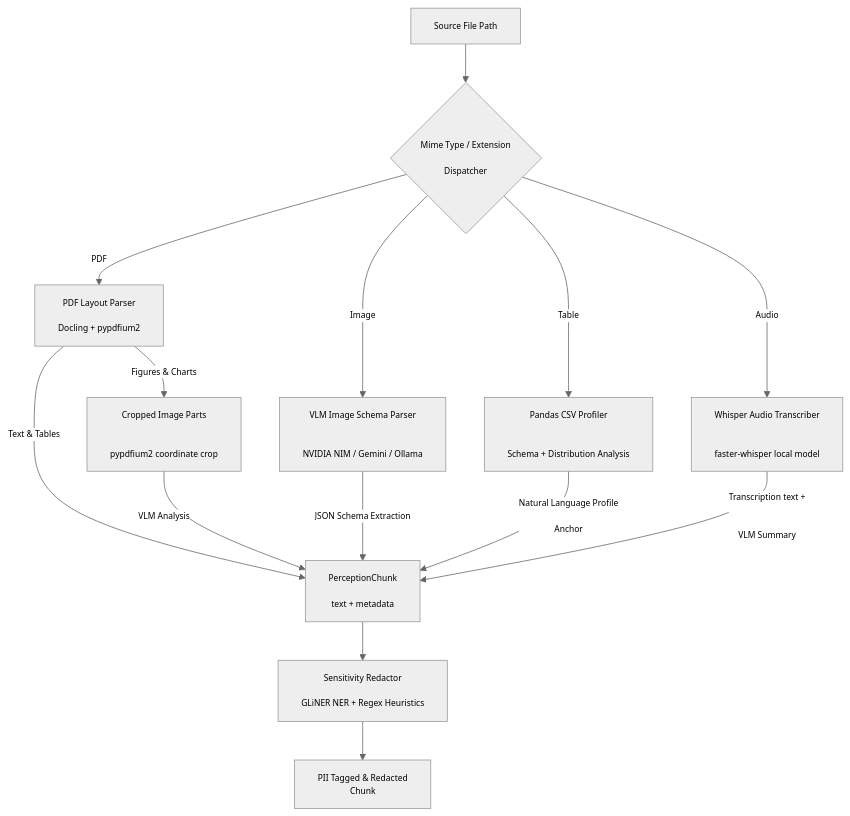
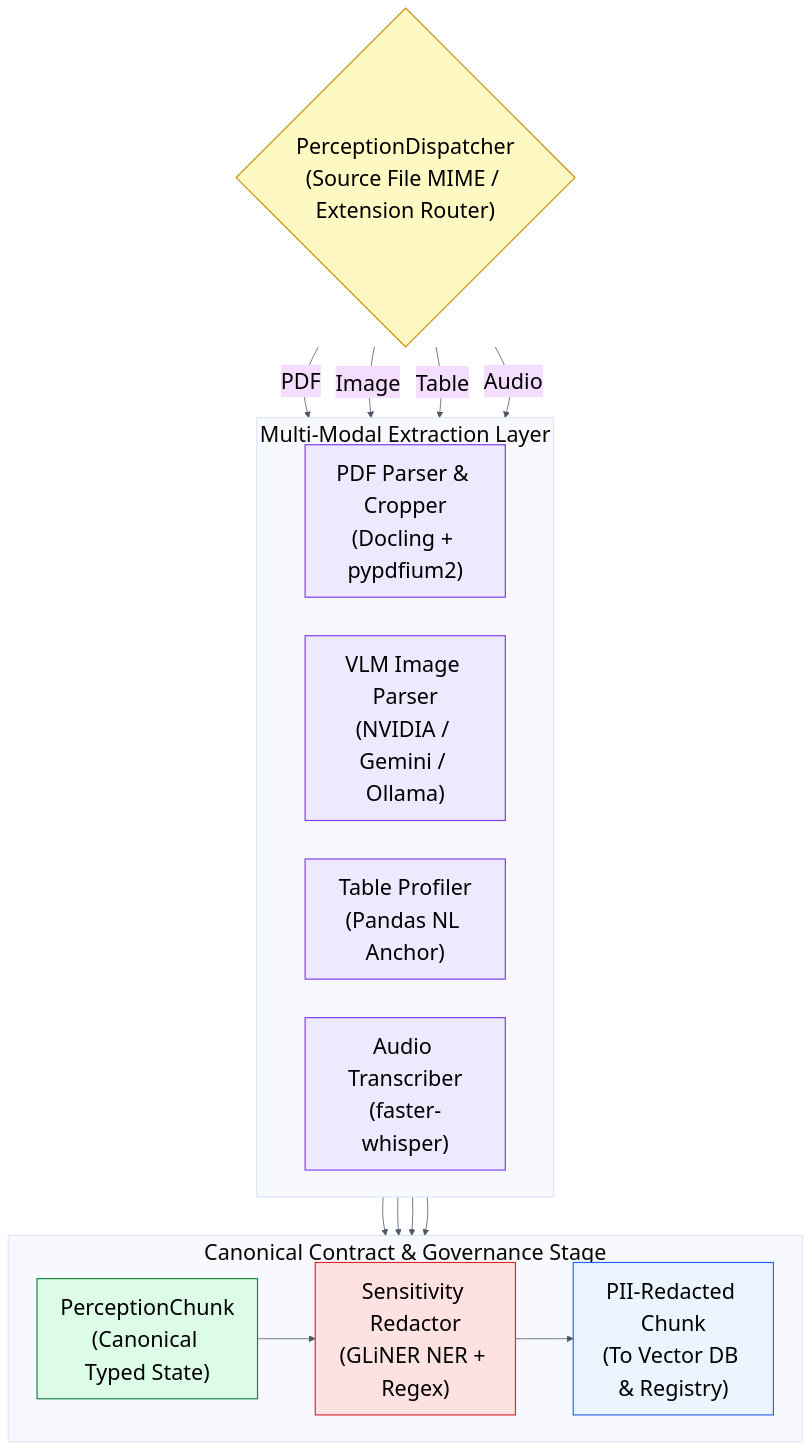
Before and after one commit to the-write-path-code/ch06-multimodal-perception: the first of 2 diagrams in workflow/Figure 6-1 and 2.md, drawn with Mermaid. The commit also changed other lines of this file and 1 other file, not shown here.

Commit message:
Optimize workflow diagrams for Wiley-IEEE production standards

````diff
--- a/workflow/Figure 6-1 and 2.md
+++ b/workflow/Figure 6-1 and 2.md
@@ -3,48 +3,40 @@
 ```mermaid
+%%{init: {"theme": "base", "themeVariables": {"fontFamily": "Arial, Helvetica, sans-serif", "fontSize": "28px", "primaryTextColor": "#000000", "lineColor": "#4B5563"}}}%%
+flowchart TD
+    DISPATCH{"PerceptionDispatcher<br/>(Source File MIME / Extension Router)"}
 
-%%{init: {"theme": "neutral", "themeVariables": {"fontFamily": "Arial, Helvetica, sans-serif", "fontSize": "11px", "actorFontSize": "11px", "noteFontSize": "10px", "messageFontSize": "10px"}}}%%
-flowchart TD
-    SRC["Source File Path"] --> DISPATCH{"Mime Type / Extension
+    subgraph Extractors ["Multi-Modal Extraction Layer"]
+        direction LR
+        PDF_P["PDF Parser & Cropper<br/>(Docling + pypdfium2)"]
+        VLM_P["VLM Image Parser<br/>(NVIDIA / Gemini / Ollama)"]
+        CSV_P["Table Profiler<br/>(Pandas NL Anchor)"]
+        AUDIO_P["Audio Transcriber<br/>(faster-whisper)"]
+    end
 
-Dispatcher"}
+    DISPATCH -->|"PDF"| PDF_P
+    DISPATCH -->|"Image"| VLM_P
+    DISPATCH -->|"Table"| CSV_P
+    DISPATCH -->|"Audio"| AUDIO_P
 
-DISPATCH -->|"PDF"| PDF_P["PDF Layout Parser
+    subgraph Contract ["Canonical Contract & Governance Stage"]
+        direction LR
+        CHUNK["PerceptionChunk<br/>(Canonical Typed State)"] --> REDACT["Sensitivity Redactor<br/>(GLiNER NER + Regex)"] --> OUT["PII-Redacted Chunk<br/>(To Vector DB & Registry)"]
+    end
 
-Docling + pypdfium2"]
-DISPATCH -->|"Image"| VLM_P["VLM Image Schema Parser
+    PDF_P --> CHUNK
+    VLM_P --> CHUNK
+    CSV_P --> CHUNK
+    AUDIO_P --> CHUNK
 
+    classDef dispatch fill:#FEF9C3,stroke:#CA8A04,color:#000000,stroke-width:1.5px
+    classDef parser fill:#EDE9FE,stroke:#7C3AED,color:#000000,stroke-width:1.5px
+    classDef chunk fill:#DCFCE7,stroke:#15803D,color:#000000,stroke-width:1.5px
+    classDef red fill:#FEE2E2,stroke:#DC2626,color:#000000,stroke-width:1.5px
+    classDef out fill:#EBF5FF,stroke:#2563EB,color:#000000,stroke-width:1.5px
 
-NVIDIA NIM / Gemini / Ollama"]
-DISPATCH -->|"Table"| CSV_P["Pandas CSV Profiler
-
-
-Schema + Distribution Analysis"]
-DISPATCH -->|"Audio"| AUDIO_P["Whisper Audio Transcriber
-
-
-faster-whisper local model"]
-
-PDF_P -->|"Text & Tables"| CHUNK["PerceptionChunk
-
-text + metadata"]
-PDF_P -->|"Figures & Charts"| CROP["Cropped Image Parts
-
-
-pypdfium2 coordinate crop"]
-CROP -->|"VLM Analysis"| CHUNK
-
-VLM_P -->|"JSON Schema Extraction"| CHUNK
-CSV_P -->|"Natural Language Profile
-
-Anchor"| CHUNK
-AUDIO_P -->|"Transcription text +
-
-
-VLM Summary"| CHUNK
-
-CHUNK --> REDACT["Sensitivity Redactor
-
-GLiNER NER + Regex Heuristics"]
-REDACT --> OUT["PII Tagged & Redacted
-Chunk"]
+    class DISPATCH dispatch
+    class PDF_P,VLM_P,CSV_P,AUDIO_P parser
+    class CHUNK chunk
+    class REDACT red
+    class OUT out
 ```
````
